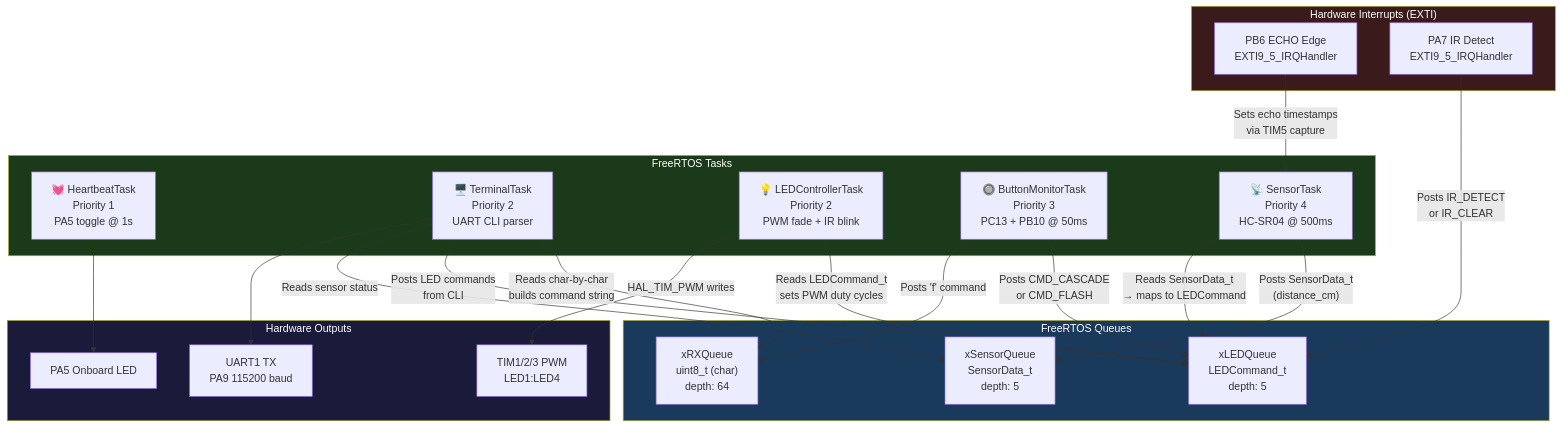
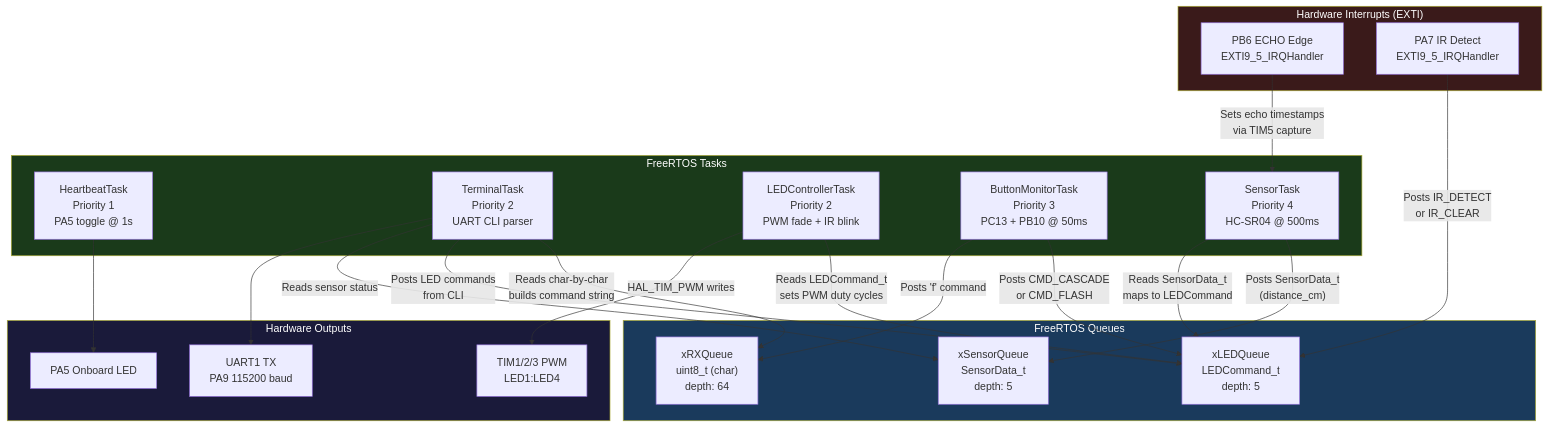
Before and after one commit to HeetYadav/STM32-FreeRTOS-Advanced-Embedded-System: the third of 3 diagrams in docs/01_system_architecture.md, drawn with Mermaid. The commit also changed other lines of this file and 15 other files, not shown here.

````diff
--- a/docs/01_system_architecture.md
+++ b/docs/01_system_architecture.md
@@ -180,51 +180,51 @@
 ```mermaid
 flowchart TD
     subgraph HW ["Hardware Interrupts (EXTI)"]
         ECHO["PB6 ECHO Edge\nEXTI9_5_IRQHandler"]
         IR["PA7 IR Detect\nEXTI9_5_IRQHandler"]
     end
 
     subgraph TASKS ["FreeRTOS Tasks"]
-        HB["💓 HeartbeatTask\nPriority 1\nPA5 toggle @ 1s"]
-        TT["🖥️ TerminalTask\nPriority 2\nUART CLI parser"]
-        LED["💡 LEDControllerTask\nPriority 2\nPWM fade + IR blink"]
-        BTN["🔘 ButtonMonitorTask\nPriority 3\nPC13 + PB10 @ 50ms"]
-        SEN["📡 SensorTask\nPriority 4\nHC-SR04 @ 500ms"]
+        HB[" HeartbeatTask\nPriority 1\nPA5 toggle @ 1s"]
+        TT[" TerminalTask\nPriority 2\nUART CLI parser"]
+        LED[" LEDControllerTask\nPriority 2\nPWM fade + IR blink"]
+        BTN[" ButtonMonitorTask\nPriority 3\nPC13 + PB10 @ 50ms"]
+        SEN[" SensorTask\nPriority 4\nHC-SR04 @ 500ms"]
     end
 
     subgraph QUEUES ["FreeRTOS Queues"]
         LQUEUE["xLEDQueue\nLEDCommand_t\ndepth: 5"]
         RXQUEUE["xRXQueue\nuint8_t (char)\ndepth: 64"]
         SQUEUE["xSensorQueue\nSensorData_t\ndepth: 5"]
     end
 
     subgraph HW_OUT ["Hardware Outputs"]
         PWM["TIM1/2/3 PWM\nLED1:LED4"]
         UART["UART1 TX\nPA9 115200 baud"]
         ALED["PA5 Onboard LED"]
     end
 
     ECHO -->|"Sets echo timestamps\nvia TIM5 capture"| SEN
     IR -->|"Posts IR_DETECT\nor IR_CLEAR"| LQUEUE
 
     SEN -->|"Posts SensorData_t\n(distance_cm)"| SQUEUE
-    SEN -->|"Reads SensorData_t\n→ maps to LEDCommand"| LQUEUE
+    SEN -->|"Reads SensorData_t\n maps to LEDCommand"| LQUEUE
 
     BTN -->|"Posts CMD_CASCADE\nor CMD_FLASH"| LQUEUE
     BTN -->|"Posts 'f' command"| RXQUEUE
 
     TT -->|"Reads char-by-char\nbuilds command string"| RXQUEUE
     TT -->|"Posts LED commands\nfrom CLI"| LQUEUE
     TT -->|"Reads sensor status"| SQUEUE
 
     LED -->|"Reads LEDCommand_t\nsets PWM duty cycles"| LQUEUE
     LED -->|"HAL_TIM_PWM writes"| PWM
 
     HB --> ALED
     TT --> UART
 
     style QUEUES fill:#1a3a5c,color:#fff
     style TASKS fill:#1a3a1a,color:#fff
     style HW fill:#3a1a1a,color:#fff
     style HW_OUT fill:#1a1a3a,color:#fff
 ```
````
